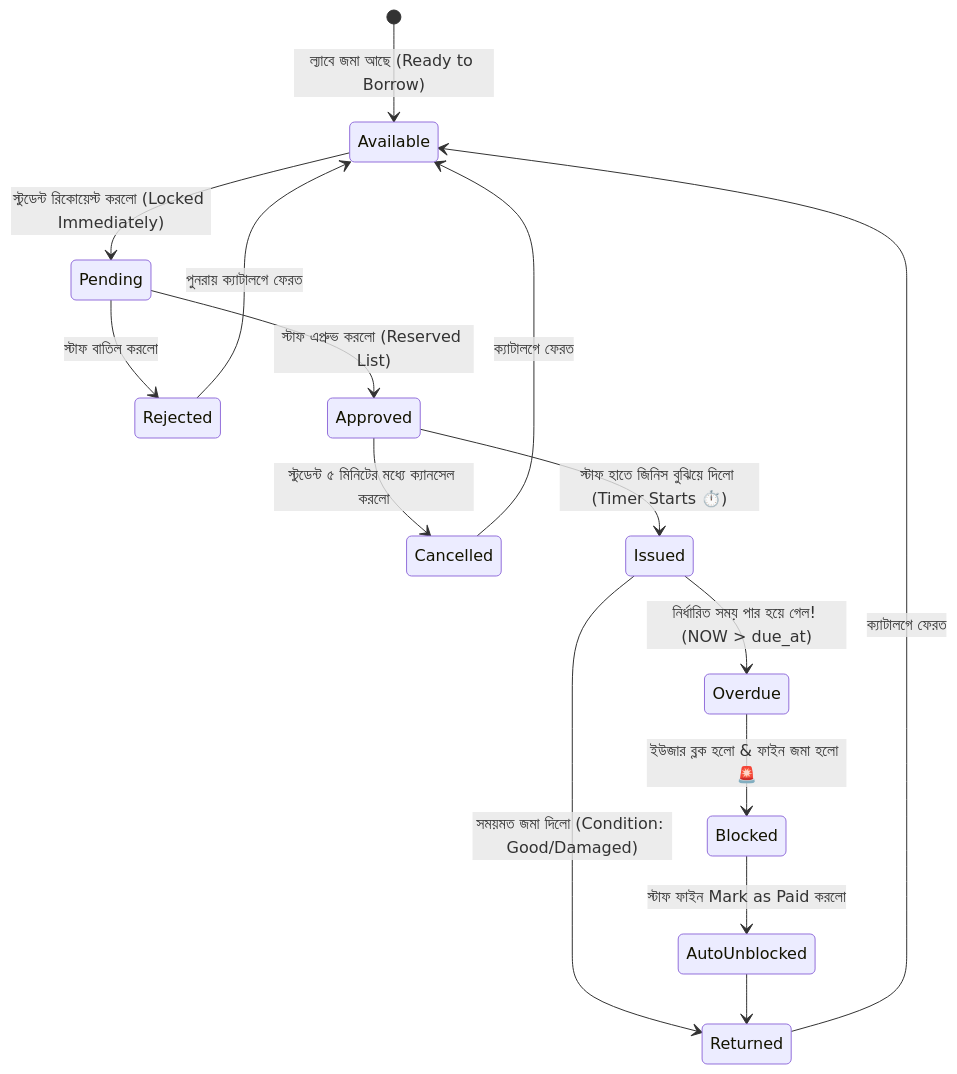
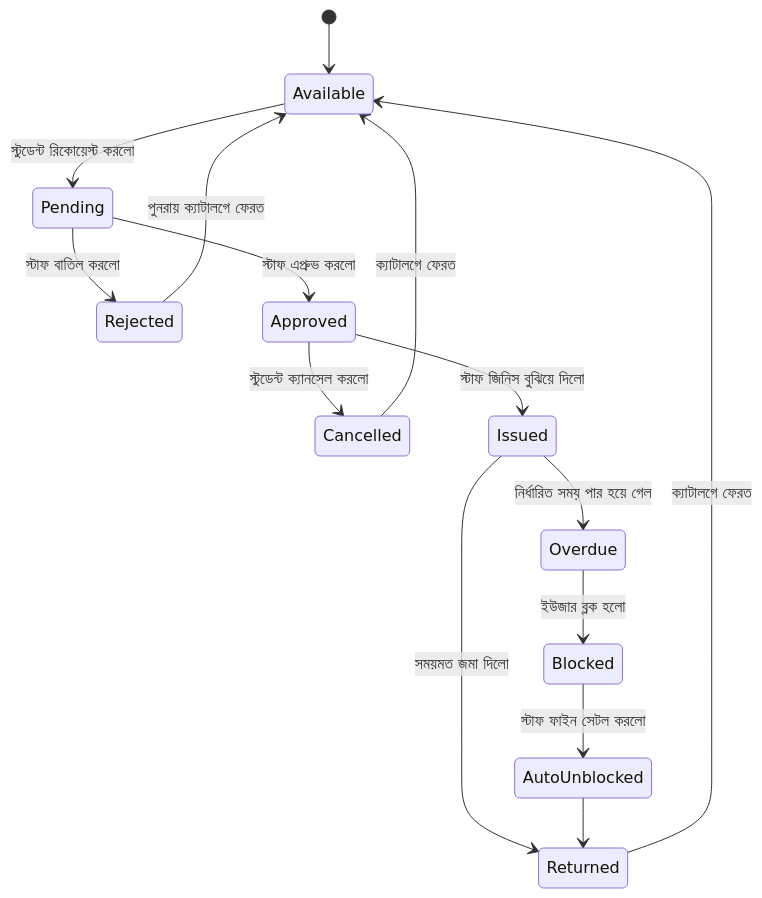
One commit to CodeWithPritom/EWUELS-Project changed the second of 5 diagrams in PROJECT_GUIDE_BN.md. Above: the diagram before and after it, drawn with Mermaid. The commit also changed other lines of this file, not shown here.

Commit message:
Fix Mermaid diagram syntax

````diff
--- a/PROJECT_GUIDE_BN.md
+++ b/PROJECT_GUIDE_BN.md
@@ -70,25 +71,17 @@
 ```mermaid
 stateDiagram-v2
-    [*] --> Available: ল্যাবে জমা আছে (Ready to Borrow)
-
-    Available --> Pending: স্টুডেন্ট রিকোয়েস্ট করলো (Locked Immediately)
-    
-    Pending --> Rejected: স্টাফ বাতিল করলো
-    Rejected --> Available: পুনরায় ক্যাটালগে ফেরত
-
-    Pending --> Approved: স্টাফ এপ্রুভ করলো (Reserved List)
-    
-    Approved --> Cancelled: স্টুডেন্ট ৫ মিনিটের মধ্যে ক্যানসেল করলো
-    Cancelled --> Available: ক্যাটালগে ফেরত
-
-    Approved --> Issued: স্টাফ হাতে জিনিস বুঝিয়ে দিলো (Timer Starts ⏱️)
-
-    Issued --> Returned: সময়মত জমা দিলো (Condition: Good/Damaged)
-    Returned --> Available: ক্যাটালগে ফেরত
-
-    Issued --> Overdue: নির্ধারিত সময় পার হয়ে গেল! (NOW > due_at)
-    Overdue --> Blocked: ইউজার ব্লক হলো & ফাইন জমা হলো 🚨
-    
-    Blocked --> AutoUnblocked: স্টাফ ফাইন Mark as Paid করলো
+    [*] --> Available
+    Available --> Pending : স্টুডেন্ট রিকোয়েস্ট করলো
+    Pending --> Rejected : স্টাফ বাতিল করলো
+    Rejected --> Available : পুনরায় ক্যাটালগে ফেরত
+    Pending --> Approved : স্টাফ এপ্রুভ করলো
+    Approved --> Cancelled : স্টুডেন্ট ক্যানসেল করলো
+    Cancelled --> Available : ক্যাটালগে ফেরত
+    Approved --> Issued : স্টাফ জিনিস বুঝিয়ে দিলো
+    Issued --> Returned : সময়মত জমা দিলো
+    Returned --> Available : ক্যাটালগে ফেরত
+    Issued --> Overdue : নির্ধারিত সময় পার হয়ে গেল
+    Overdue --> Blocked : ইউজার ব্লক হলো
+    Blocked --> AutoUnblocked : স্টাফ ফাইন সেটল করলো
     AutoUnblocked --> Returned
 ```
````
